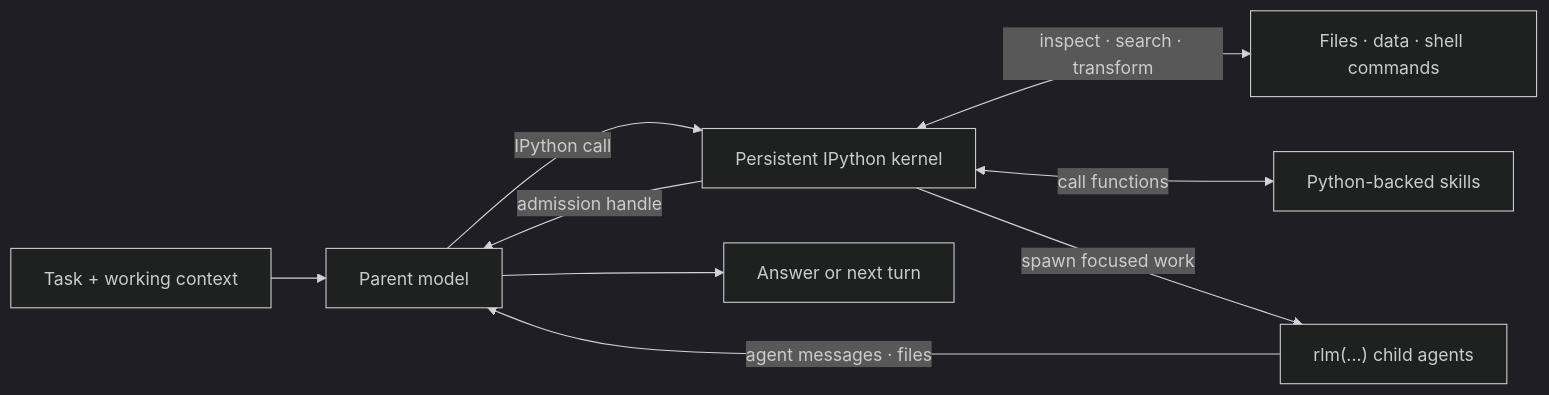
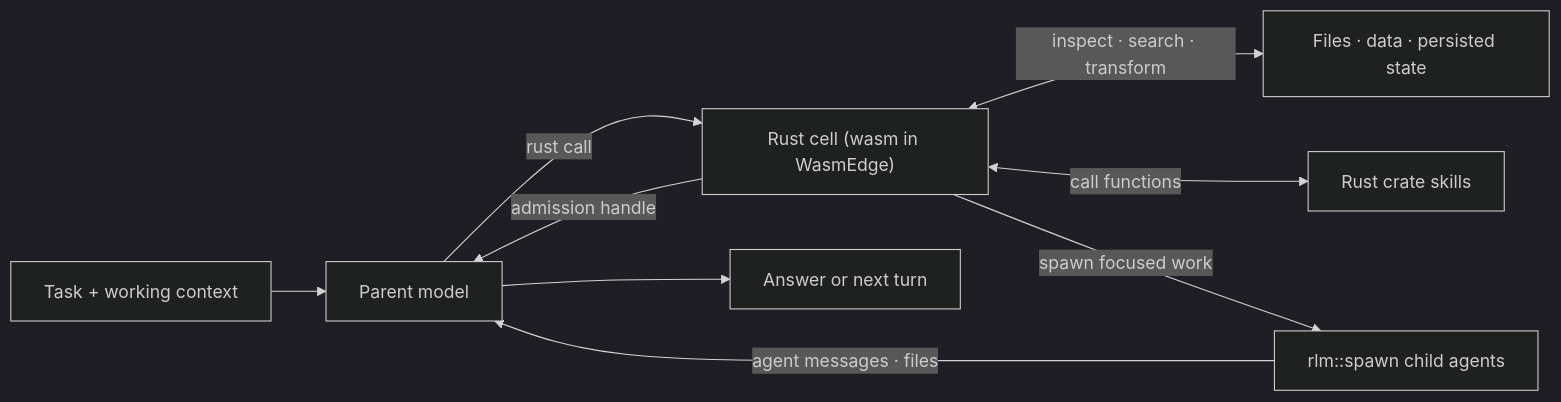
Before and after one commit to second-state/wasmedge-agent: the diagram in packages/coding-agent/docs/rlm.md, drawn with Mermaid (dark theme). The commit also changed other lines of this file and 16 other files, not shown here.

````diff
--- a/packages/coding-agent/docs/rlm.md
+++ b/packages/coding-agent/docs/rlm.md
@@ -7,19 +7,19 @@
 ```mermaid
 flowchart LR
     task["Task + working context"]
     parent["Parent model"]
-    kernel["Persistent IPython kernel"]
-    data["Files · data · shell commands"]
-    skills["Python-backed skills"]
-    children["rlm(...) child agents"]
+    cell["Rust cell (wasm in WasmEdge)"]
+    data["Files · data · persisted state"]
+    skills["Rust crate skills"]
+    children["rlm::spawn child agents"]
     answer["Answer or next turn"]
 
     task --> parent
-    parent -->|"IPython call"| kernel
-    kernel <-->|"inspect · search · transform"| data
-    kernel <-->|"call functions"| skills
-    kernel -->|"spawn focused work"| children
+    parent -->|"rust call"| cell
+    cell <-->|"inspect · search · transform"| data
+    cell <-->|"call functions"| skills
+    cell -->|"spawn focused work"| children
     children -->|"agent messages · files"| parent
-    kernel -->|"admission handle"| parent
+    cell -->|"admission handle"| parent
     parent --> answer
 ```
````
